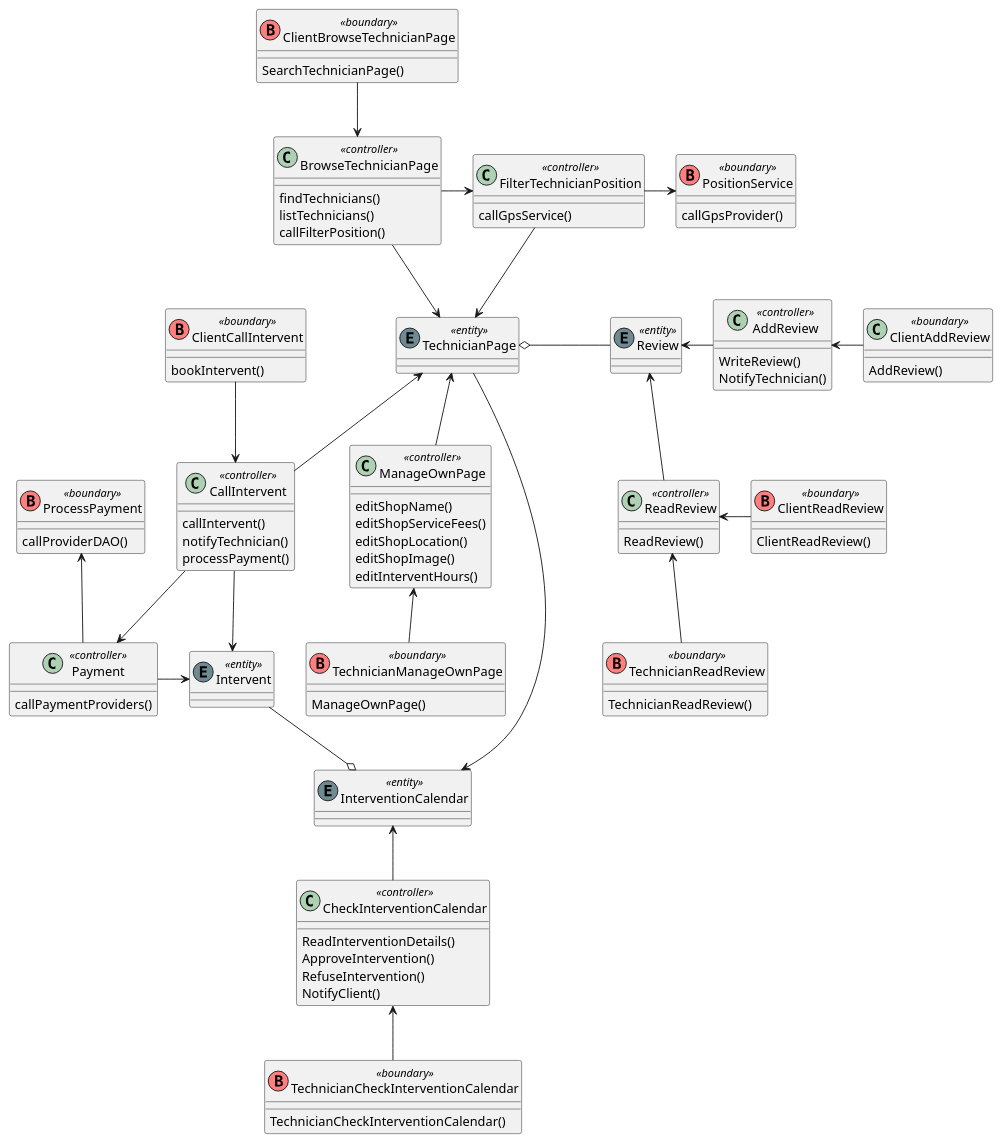
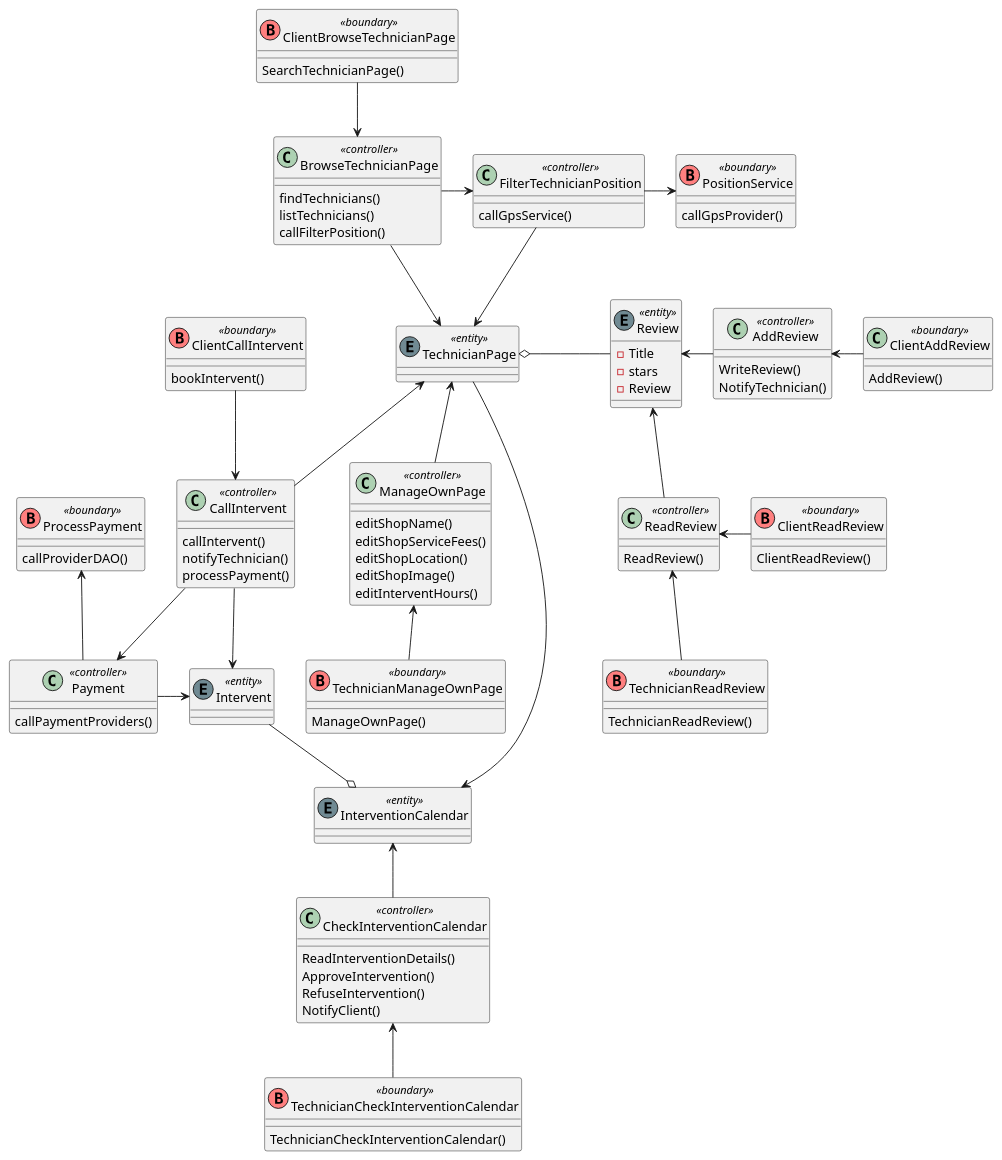
The diagram in doc/bce/bce_pantuml.md (GiuEliNo/JustIT), drawn with PlantUML before and after one commit. The commit also changed 7 other files, not shown here.

```diff
--- a/doc/bce/bce_pantuml.md
+++ b/doc/bce/bce_pantuml.md
@@ -65,7 +65,11 @@
 WriteReview()
 NotifyTechnician()
 }
-class   Review                          <<(E,#708a93)entity>>
+class   Review                          <<(E,#708a93)entity>>{
+-Title
+-stars
+-Review
+}
 class   ReadReview                      <<controller>>{
 ReadReview()
 }
```
